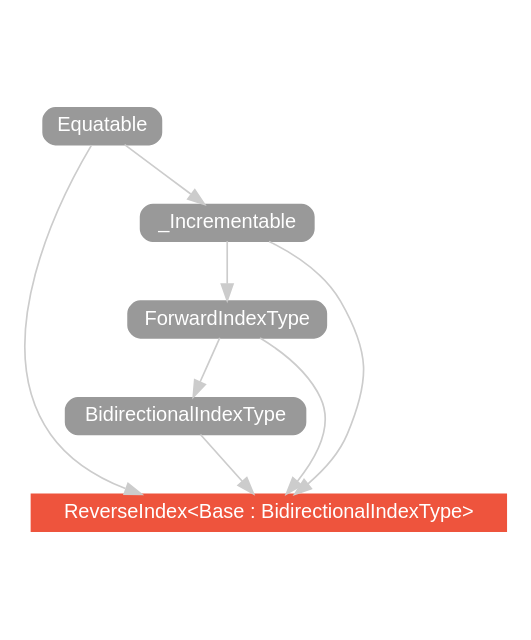
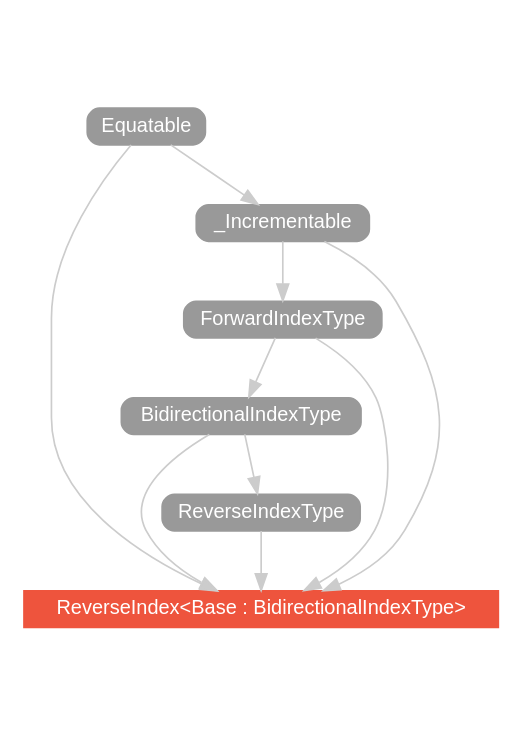
One commit to SwiftDoc/SwiftDoc.github.io changed the diagram in swift-2/type/ReverseIndex/hierarchy/index.dot. Above: the diagram before and after it, drawn with Graphviz. The commit also changed 1189 other files, not shown here.

```diff
--- a/swift-2/type/ReverseIndex/hierarchy/index.dot
+++ b/swift-2/type/ReverseIndex/hierarchy/index.dot
@@ -1,22 +1,28 @@
 strict digraph "ReverseIndex<Base : BidirectionalIndexType> - Type Hierarchy - SwiftDoc.org" {
     pad="0.1,0.8"
     node [shape=box, style="filled,rounded", color="#999999", fillcolor="#999999", fontcolor=white, fontname=Helvetica, fontnames="Helvetica,sansserif", fontsize=12, margin="0.07,0.05", height="0.3"]
     edge [color="#cccccc"]
     "BidirectionalIndexType" [URL="/protocol/BidirectionalIndexType/"]
     "Equatable" [URL="/protocol/Equatable/"]
     "ForwardIndexType" [URL="/protocol/ForwardIndexType/"]
     "ReverseIndex<Base : BidirectionalIndexType>" [URL="/type/ReverseIndex/", style="filled", fillcolor="#ee543d", color="#ee543d"]
-    "_Incrementable" [URL="/protocol/_Incrementable/"]    "ForwardIndexType" -> "ReverseIndex<Base : BidirectionalIndexType>"
+    "ReverseIndexType" [URL="/protocol/ReverseIndexType/"]
+    "_Incrementable" [URL="/protocol/_Incrementable/"]    "ReverseIndexType" -> "ReverseIndex<Base : BidirectionalIndexType>"
+    "BidirectionalIndexType" -> "ReverseIndex<Base : BidirectionalIndexType>"
+    "ForwardIndexType" -> "ReverseIndex<Base : BidirectionalIndexType>"
     "_Incrementable" -> "ReverseIndex<Base : BidirectionalIndexType>"
     "Equatable" -> "ReverseIndex<Base : BidirectionalIndexType>"
-    "BidirectionalIndexType" -> "ReverseIndex<Base : BidirectionalIndexType>"
+    "BidirectionalIndexType" -> "ReverseIndexType"
+    "ForwardIndexType" -> "BidirectionalIndexType"
     "_Incrementable" -> "ForwardIndexType"
-    "Equatable" -> "_Incrementable"
     "Equatable" -> "_Incrementable"
     "ForwardIndexType" -> "BidirectionalIndexType"
     "_Incrementable" -> "ForwardIndexType"
+    "Equatable" -> "_Incrementable"
+    "_Incrementable" -> "ForwardIndexType"
+    "Equatable" -> "_Incrementable"
     "Equatable" -> "_Incrementable"
     subgraph Types {
         rank = max; "ReverseIndex<Base : BidirectionalIndexType>";
     }
 }
```
